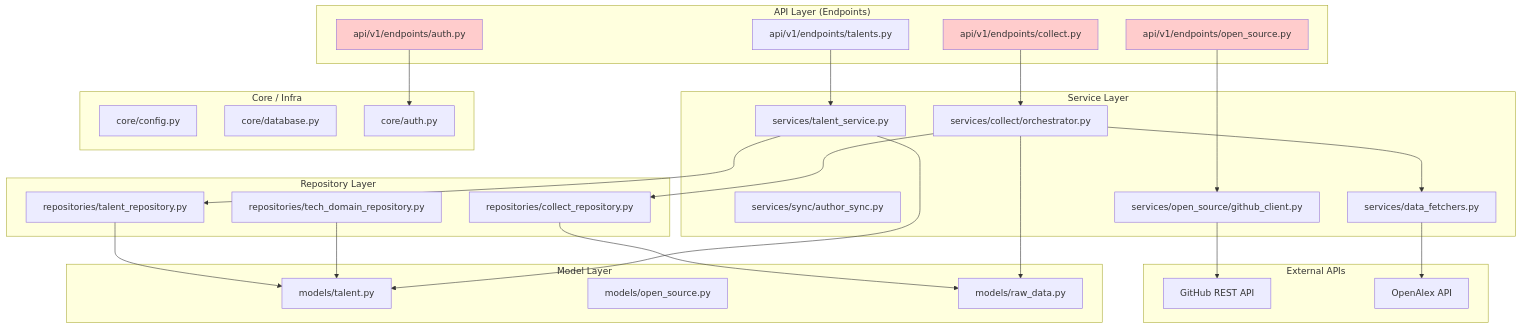
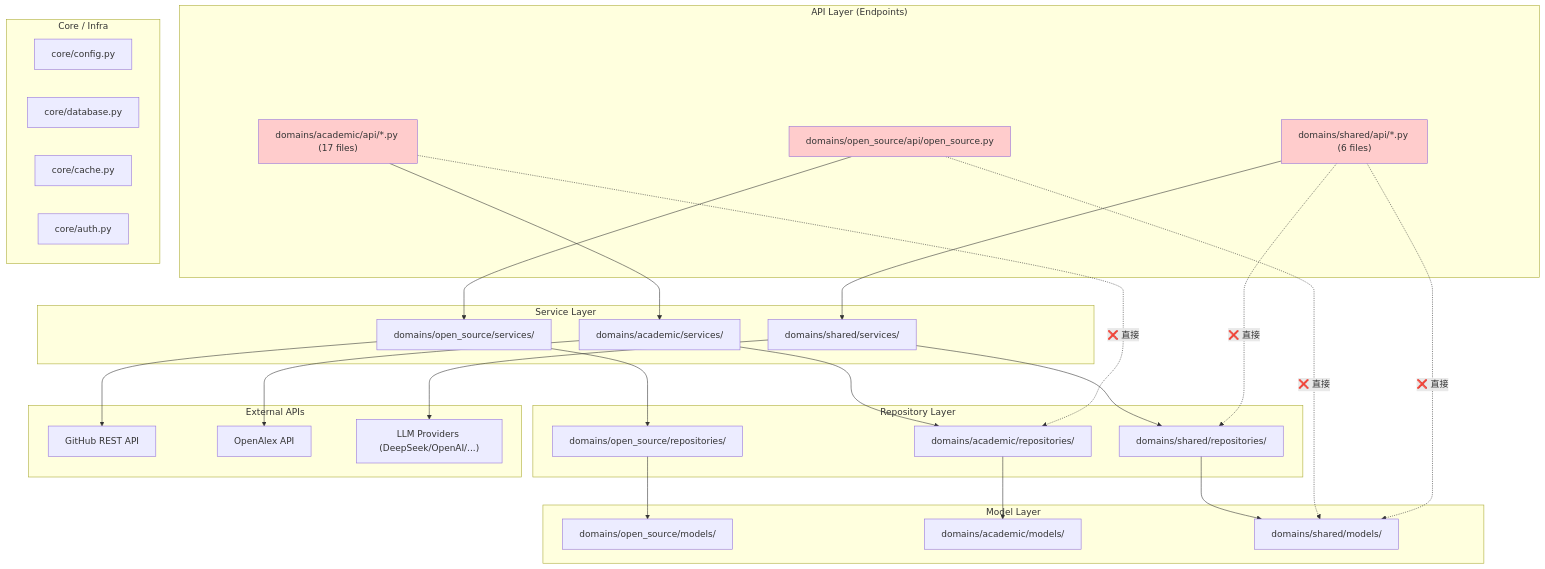
One commit to akxlhw/AI4TALENTS changed the diagram in docs/audit/01-dependency-graph.md. Above: the diagram before and after it, drawn with Mermaid. The commit also changed other lines of this file and 54 other files, not shown here.

````diff
--- a/docs/audit/01-dependency-graph.md
+++ b/docs/audit/01-dependency-graph.md
@@ -47,62 +61,66 @@
 ```mermaid
 flowchart TD
     subgraph API_Layer["API Layer (Endpoints)"]
-        EP1["api/v1/endpoints/open_source.py"]
-        EP2["api/v1/endpoints/collect.py"]
-        EP3["api/v1/endpoints/talents.py"]
-        EP4["api/v1/endpoints/auth.py"]
+        OS_API["domains/open_source/api/open_source.py"]
+        AC_API["domains/academic/api/*.py (17 files)"]
+        SH_API["domains/shared/api/*.py (6 files)"]
     end
 
     subgraph Service_Layer["Service Layer"]
-        S1["services/talent_service.py"]
-        S2["services/collect/orchestrator.py"]
-        S3["services/sync/author_sync.py"]
-        S4["services/open_source/github_client.py"]
-        S5["services/data_fetchers.py"]
+        OS_SVC["domains/open_source/services/"]
+        AC_SVC["domains/academic/services/"]
+        SH_SVC["domains/shared/services/"]
     end
 
     subgraph Repository_Layer["Repository Layer"]
-        R1["repositories/talent_repository.py"]
-        R2["repositories/tech_domain_repository.py"]
-        R3["repositories/collect_repository.py"]
+        OS_REPO["domains/open_source/repositories/"]
+        AC_REPO["domains/academic/repositories/"]
+        SH_REPO["domains/shared/repositories/"]
     end
 
     subgraph Model_Layer["Model Layer"]
-        M1["models/talent.py"]
-        M2["models/open_source.py"]
-        M3["models/raw_data.py"]
+        OS_MODEL["domains/open_source/models/"]
+        AC_MODEL["domains/academic/models/"]
+        SH_MODEL["domains/shared/models/"]
     end
 
-    subgraph Core_Layer["Core / Infra"]
-        C1["core/config.py"]
-        C2["core/database.py"]
-        C3["core/auth.py"]
+    subgraph Core["Core / Infra"]
+        CONFIG["core/config.py"]
+        DB["core/database.py"]
+        CACHE["core/cache.py"]
+        AUTH_CORE["core/auth.py"]
     end
 
     subgraph External["External APIs"]
         GH["GitHub REST API"]
         OA["OpenAlex API"]
+        LLM["LLM Providers (DeepSeek/OpenAI/...)"]
     end
 
-    EP1 --> S4
-    EP2 --> S2
-    EP3 --> S1
-    EP4 --> C3
+    %% Clean paths (via Service)
+    AC_API --> AC_SVC
+    OS_API --> OS_SVC
+    SH_API --> SH_SVC
 
-    S1 --> R1
-    S2 --> R3
-    S2 --> S5
-    S4 --> GH
-    S5 --> OA
+    AC_SVC --> AC_REPO
+    OS_SVC --> OS_REPO
+    SH_SVC --> SH_REPO
 
-    R1 --> M1
-    R2 --> M1
-    R3 --> M3
+    AC_REPO --> AC_MODEL
+    OS_REPO --> OS_MODEL
+    SH_REPO --> SH_MODEL
 
-    S1 --> M1
-    S2 --> M3
+    OS_SVC --> GH
+    AC_SVC --> OA
+    SH_SVC --> LLM
 
-    style EP1 fill:#ffcccc
-    style EP2 fill:#ffcccc
-    style EP4 fill:#ffcccc
+    %% Cross-layer violations (RED)
+    AC_API -.->|❌ 直接| AC_REPO
+    OS_API -.->|❌ 直接| SH_MODEL
+    SH_API -.->|❌ 直接| SH_REPO
+    SH_API -.->|❌ 直接| SH_MODEL
+
+    style AC_API fill:#ffcccc
+    style OS_API fill:#ffcccc
+    style SH_API fill:#ffcccc
 ```
````
